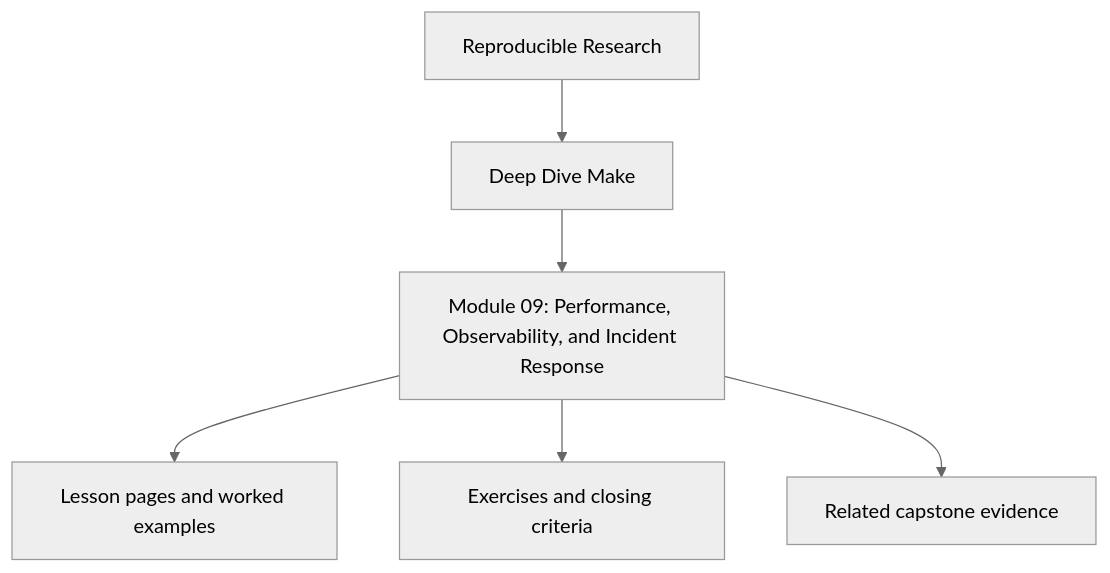
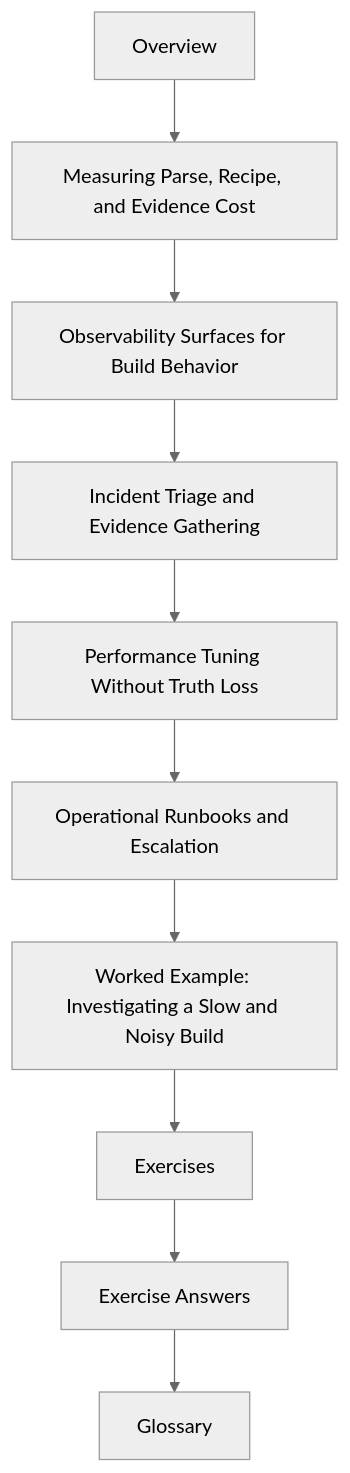
One commit to bijux/bijux-masterclass changed the diagram in programs/reproducible-research/deep-dive-make/course-book/module-09-performance-observability-incident-response/index.md. Above: the diagram before and after it, drawn with Mermaid (neutral theme). The commit also changed other lines of this file and 9 other files, not shown here.

Commit message:
docs(make): establish module 09 course-book structure

````diff
--- a/programs/reproducible-research/deep-dive-make/course-book/module-09-performance-observability-incident-response/index.md
+++ b/programs/reproducible-research/deep-dive-make/course-book/module-09-performance-observability-incident-response/index.md
@@ -9,8 +26,12 @@
 ```mermaid
 flowchart TD
-  family["Reproducible Research"] --> program["Deep Dive Make"]
-  program --> module["Module 09: Performance, Observability, and Incident Response"]
-  module --> lessons["Lesson pages and worked examples"]
-  module --> checkpoints["Exercises and closing criteria"]
-  module --> capstone["Related capstone evidence"]
+  start["Overview"] --> core1["Measuring Parse, Recipe, and Evidence Cost"]
+  core1 --> core2["Observability Surfaces for Build Behavior"]
+  core2 --> core3["Incident Triage and Evidence Gathering"]
+  core3 --> core4["Performance Tuning Without Truth Loss"]
+  core4 --> core5["Operational Runbooks and Escalation"]
+  core5 --> example["Worked Example: Investigating a Slow and Noisy Build"]
+  example --> practice["Exercises"]
+  practice --> answers["Exercise Answers"]
+  answers --> glossary["Glossary"]
 ```
````
